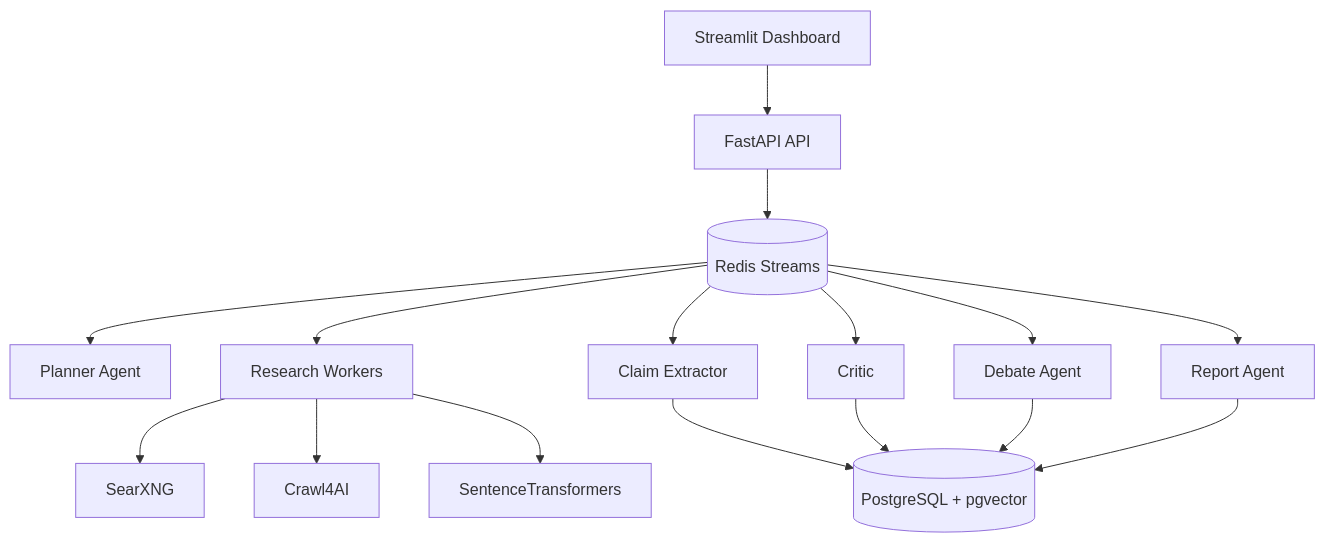
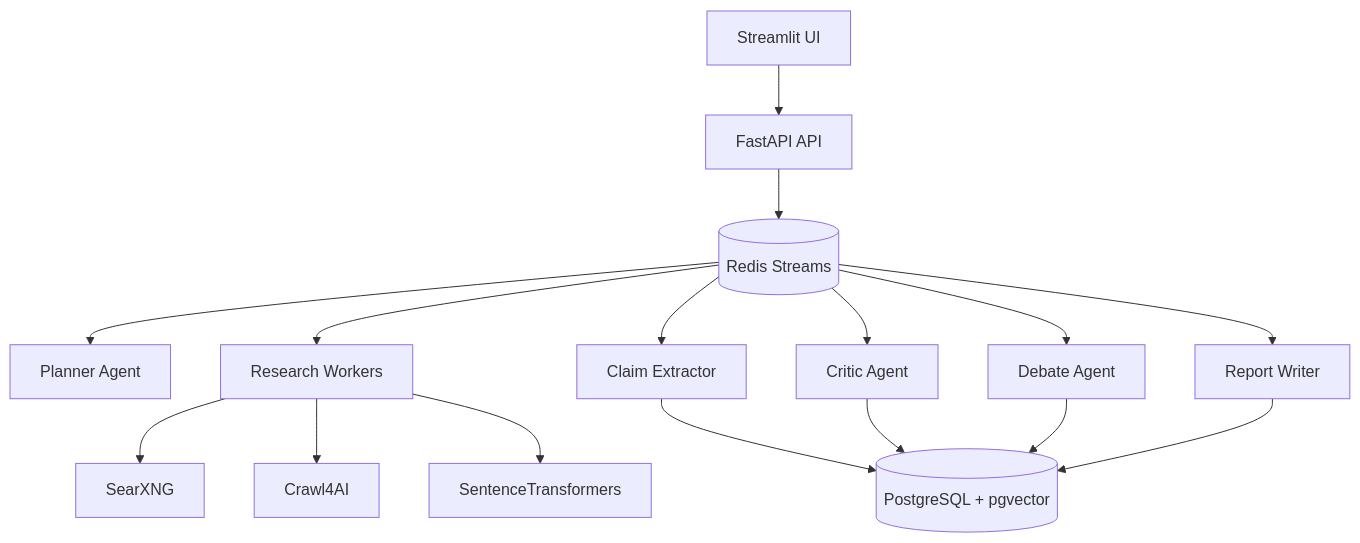
The diagram in README.md (Veror245/ResearchForge), drawn with Mermaid before and after one commit. The commit also changed other lines of this file, not shown here.

````diff
--- a/README.md
+++ b/README.md
@@ -47,21 +28,21 @@
 ```mermaid
 flowchart TD
-		UI[Streamlit Dashboard] --> API[FastAPI API]
-		API --> RS[(Redis Streams)]
+    UI[Streamlit UI] --> API[FastAPI API]
+    API --> RS[(Redis Streams)]
 
-		RS --> P[Planner Agent]
-		RS --> RW[Research Workers]
-		RS --> C[Claim Extractor]
-		RS --> K[Critic]
-		RS --> D[Debate Agent]
-		RS --> R[Report Agent]
+    RS --> P[Planner Agent]
+    RS --> RW[Research Workers]
+    RS --> C[Claim Extractor]
+    RS --> K[Critic Agent]
+    RS --> D[Debate Agent]
+    RS --> R[Report Writer]
 
-		RW --> SX[SearXNG]
-		RW --> CA[Crawl4AI]
-		RW --> EMB[SentenceTransformers]
+    RW --> SX[SearXNG]
+    RW --> CA[Crawl4AI]
+    RW --> EMB[SentenceTransformers]
 
-		C --> DB[(PostgreSQL + pgvector)]
-		K --> DB
-		D --> DB
-		R --> DB
+    C --> DB[(PostgreSQL + pgvector)]
+    K --> DB
+    D --> DB
+    R --> DB
 ```
````
